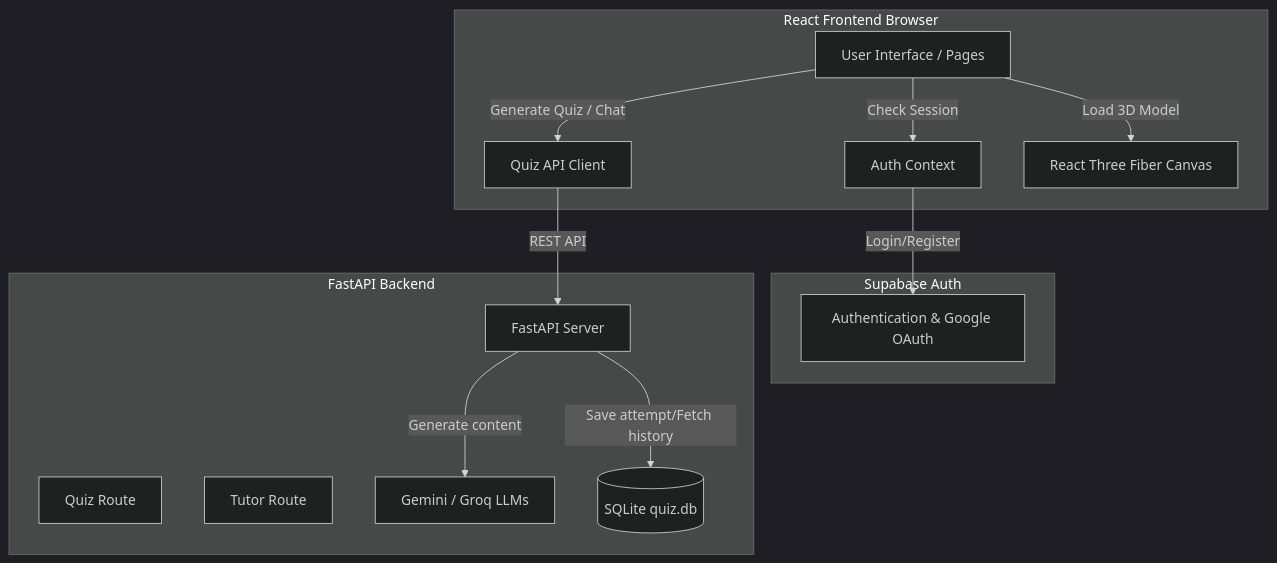
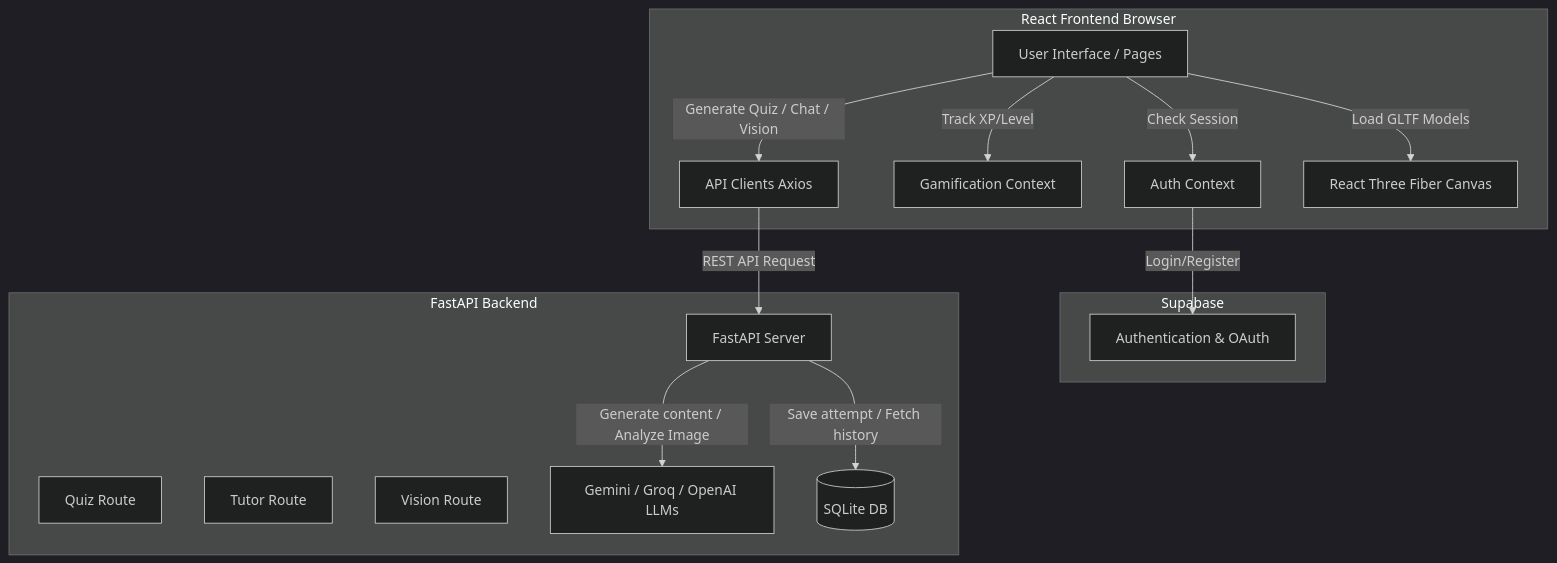
Before and after one commit to Shaik-Nihal/Anatomy_AI: the diagram in README.md, drawn with Mermaid (dark theme). The commit also changed other lines of this file, not shown here.

````diff
--- a/README.md
+++ b/README.md
@@ -146,29 +94,32 @@
 ```mermaid
 graph TD
     subgraph Client [React Frontend Browser]
         UI[User Interface / Pages]
         AC[Auth Context]
-        QA[Quiz API Client]
+        GC[Gamification Context]
+        QA[API Clients Axios]
         R3F[React Three Fiber Canvas]
     end
 
-    subgraph BaaS [Supabase Auth]
-        SAuth[Authentication & Google OAuth]
+    subgraph BaaS [Supabase]
+        SAuth[Authentication & OAuth]
     end
 
     subgraph Service [FastAPI Backend]
         FMain[FastAPI Server]
         RQuiz[Quiz Route]
         RTutor[Tutor Route]
-        LLM[Gemini / Groq LLMs]
-        DB[(SQLite quiz.db)]
+        RVision[Vision Route]
+        LLM[Gemini / Groq / OpenAI LLMs]
+        DB[(SQLite DB)]
     end
 
     UI -->|Check Session| AC
+    UI -->|Track XP/Level| GC
     AC -->|Login/Register| SAuth
-    UI -->|Load 3D Model| R3F
-    UI -->|Generate Quiz / Chat| QA
-    QA -->|REST API| FMain
-    FMain -->|Generate content| LLM
-    FMain -->|Save attempt/Fetch history| DB
+    UI -->|Load GLTF Models| R3F
+    UI -->|Generate Quiz / Chat / Vision| QA
+    QA -->|REST API Request| FMain
+    FMain -->|Generate content / Analyze Image| LLM
+    FMain -->|Save attempt / Fetch history| DB
 ```
````
